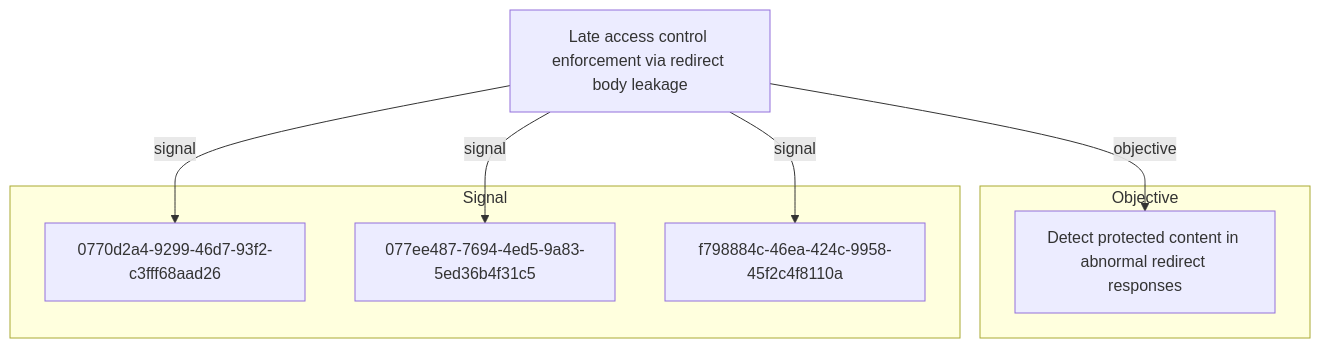
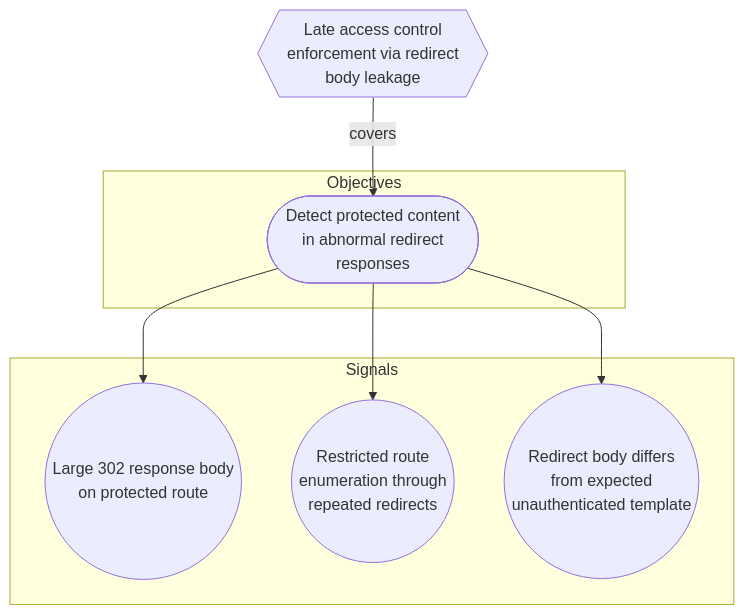
The second of 2 diagrams in docs/threats/late-access-control-enforcement-via-redirect-body-leakage.md (opentidehq/library), drawn with Mermaid before and after one commit. The commit also changed other lines of this file and 540 other files, not shown here.

````diff
--- a/docs/threats/late-access-control-enforcement-via-redirect-body-leakage.md
+++ b/docs/threats/late-access-control-enforcement-via-redirect-body-leakage.md
@@ -83,16 +112,16 @@
 ```mermaid
 flowchart TB
-subgraph "Objective"
-f8a95fcf_c5b0_4db0_bb8b_78e4edaa0544["Detect protected content in abnormal redirect responses"]
+subgraph "Objectives"
+f8a95fcf_c5b0_4db0_bb8b_78e4edaa0544(["Detect protected content<br>in abnormal redirect<br>responses"])
 end
-subgraph "Signal"
-0770d2a4_9299_46d7_93f2_c3fff68aad26["0770d2a4-9299-46d7-93f2-c3fff68aad26"]
-077ee487_7694_4ed5_9a83_5ed36b4f31c5["077ee487-7694-4ed5-9a83-5ed36b4f31c5"]
-f798884c_46ea_424c_9958_45f2c4f8110a["f798884c-46ea-424c-9958-45f2c4f8110a"]
+subgraph "Signals"
+f798884c_46ea_424c_9958_45f2c4f8110a(("Large 302 response body<br>on protected route"))
+0770d2a4_9299_46d7_93f2_c3fff68aad26(("Restricted route<br>enumeration through<br>repeated redirects"))
+077ee487_7694_4ed5_9a83_5ed36b4f31c5(("Redirect body differs<br>from expected<br>unauthenticated template"))
 end
-0663c192_cdeb_49a2_994c_4cc8e98f764e["Late access control enforcement via redirect body leakage"]
-0663c192_cdeb_49a2_994c_4cc8e98f764e -->|objective| f8a95fcf_c5b0_4db0_bb8b_78e4edaa0544
-0663c192_cdeb_49a2_994c_4cc8e98f764e -->|signal| 0770d2a4_9299_46d7_93f2_c3fff68aad26
-0663c192_cdeb_49a2_994c_4cc8e98f764e -->|signal| 077ee487_7694_4ed5_9a83_5ed36b4f31c5
-0663c192_cdeb_49a2_994c_4cc8e98f764e -->|signal| f798884c_46ea_424c_9958_45f2c4f8110a
+0663c192_cdeb_49a2_994c_4cc8e98f764e{{"Late access control<br>enforcement via redirect<br>body leakage"}}
+0663c192_cdeb_49a2_994c_4cc8e98f764e -->|covers| f8a95fcf_c5b0_4db0_bb8b_78e4edaa0544
+f8a95fcf_c5b0_4db0_bb8b_78e4edaa0544 --> f798884c_46ea_424c_9958_45f2c4f8110a
+f8a95fcf_c5b0_4db0_bb8b_78e4edaa0544 --> 0770d2a4_9299_46d7_93f2_c3fff68aad26
+f8a95fcf_c5b0_4db0_bb8b_78e4edaa0544 --> 077ee487_7694_4ed5_9a83_5ed36b4f31c5
 ```
````
